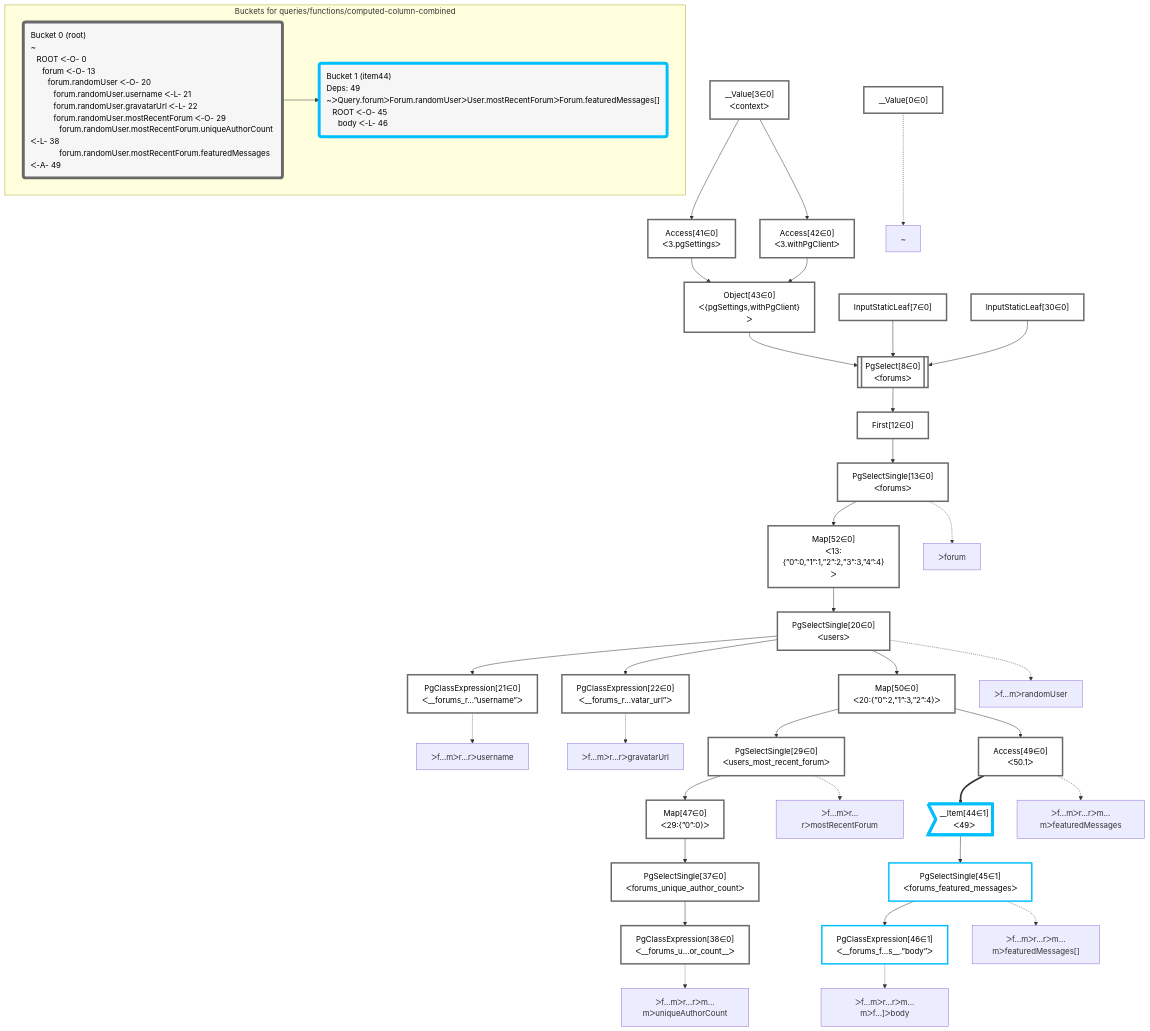
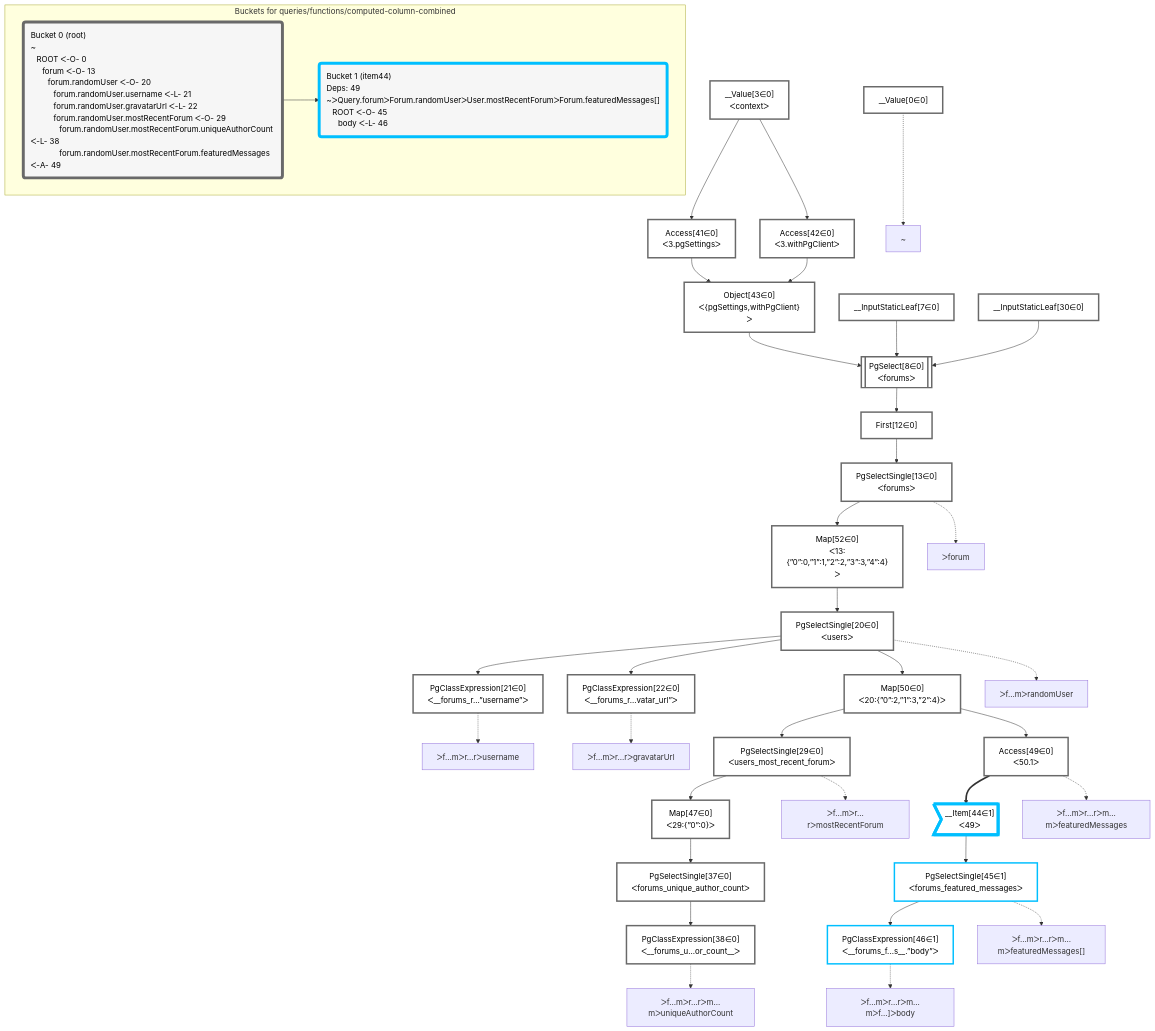
Before and after one commit to graphile/crystal: the diagram in packages/dataplan-pg/__tests__/queries/functions/computed-column-combined.mermaid.md, drawn with Mermaid. The commit also changed 79 other files, not shown here.

```diff
--- a/packages/dataplan-pg/__tests__/queries/functions/computed-column-combined.mermaid.md
+++ b/packages/dataplan-pg/__tests__/queries/functions/computed-column-combined.mermaid.md
@@ -29,8 +29,8 @@
     Access41["Access[41∈0]<br />ᐸ3.pgSettingsᐳ"]:::plan
     Access42["Access[42∈0]<br />ᐸ3.withPgClientᐳ"]:::plan
     __Value3["__Value[3∈0]<br />ᐸcontextᐳ"]:::plan
-    InputStaticLeaf7["InputStaticLeaf[7∈0]"]:::plan
-    InputStaticLeaf30["InputStaticLeaf[30∈0]"]:::plan
+    __InputStaticLeaf7["__InputStaticLeaf[7∈0]"]:::plan
+    __InputStaticLeaf30["__InputStaticLeaf[30∈0]"]:::plan
 
     %% plan dependencies
     PgSelectSingle20 --> PgClassExpression21
@@ -48,7 +48,7 @@
     PgSelectSingle13 --> Map52
     First12 --> PgSelectSingle13
     PgSelect8 --> First12
-    Object43 & InputStaticLeaf7 & InputStaticLeaf30 --> PgSelect8
+    Object43 & __InputStaticLeaf7 & __InputStaticLeaf30 --> PgSelect8
     Access41 & Access42 --> Object43
     __Value3 --> Access41
     __Value3 --> Access42
@@ -78,7 +78,7 @@
     subgraph "Buckets for queries/functions/computed-column-combined"
     Bucket0("Bucket 0 (root)<br />~<br />⠀ROOT ᐸ-O- 0<br />⠀⠀forum ᐸ-O- 13<br />⠀⠀⠀forum.randomUser ᐸ-O- 20<br />⠀⠀⠀⠀forum.randomUser.username ᐸ-L- 21<br />⠀⠀⠀⠀forum.randomUser.gravatarUrl ᐸ-L- 22<br />⠀⠀⠀⠀forum.randomUser.mostRecentForum ᐸ-O- 29<br />⠀⠀⠀⠀⠀forum.randomUser.mostRecentForum.uniqueAuthorCount ᐸ-L- 38<br />⠀⠀⠀⠀⠀forum.randomUser.mostRecentForum.featuredMessages ᐸ-A- 49"):::bucket
     classDef bucket0 stroke:#696969
-    class Bucket0,__Value0,__Value3,InputStaticLeaf7,PgSelect8,First12,PgSelectSingle13,PgSelectSingle20,PgClassExpression21,PgClassExpression22,PgSelectSingle29,InputStaticLeaf30,PgSelectSingle37,PgClassExpression38,Access41,Access42,Object43,Map47,Access49,Map50,Map52 bucket0
+    class Bucket0,__Value0,__Value3,__InputStaticLeaf7,PgSelect8,First12,PgSelectSingle13,PgSelectSingle20,PgClassExpression21,PgClassExpression22,PgSelectSingle29,__InputStaticLeaf30,PgSelectSingle37,PgClassExpression38,Access41,Access42,Object43,Map47,Access49,Map50,Map52 bucket0
     Bucket1("Bucket 1 (item44)<br />Deps: 49<br />~ᐳQuery.forumᐳForum.randomUserᐳUser.mostRecentForumᐳForum.featuredMessages[]<br />⠀ROOT ᐸ-O- 45<br />⠀⠀body ᐸ-L- 46"):::bucket
     classDef bucket1 stroke:#00bfff
     class Bucket1,__Item44,PgSelectSingle45,PgClassExpression46 bucket1
```
